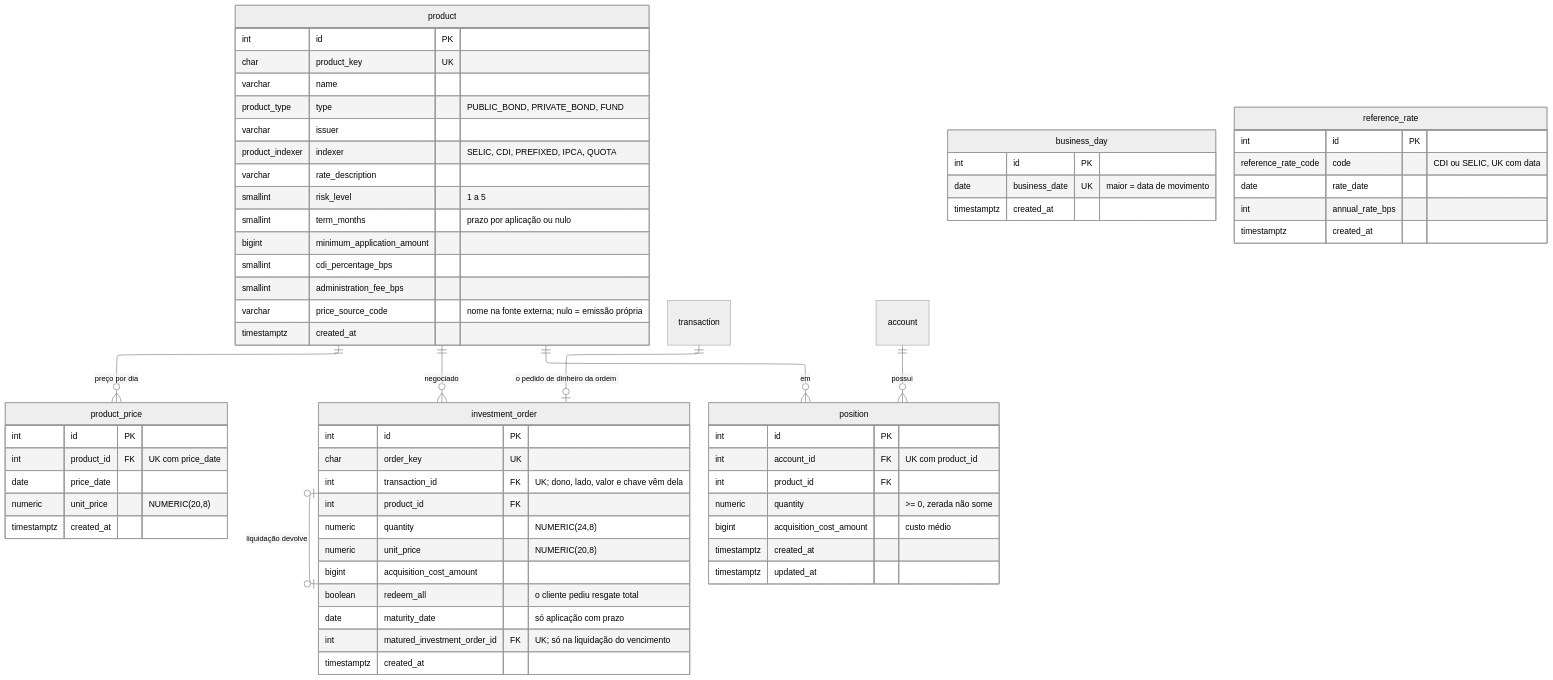
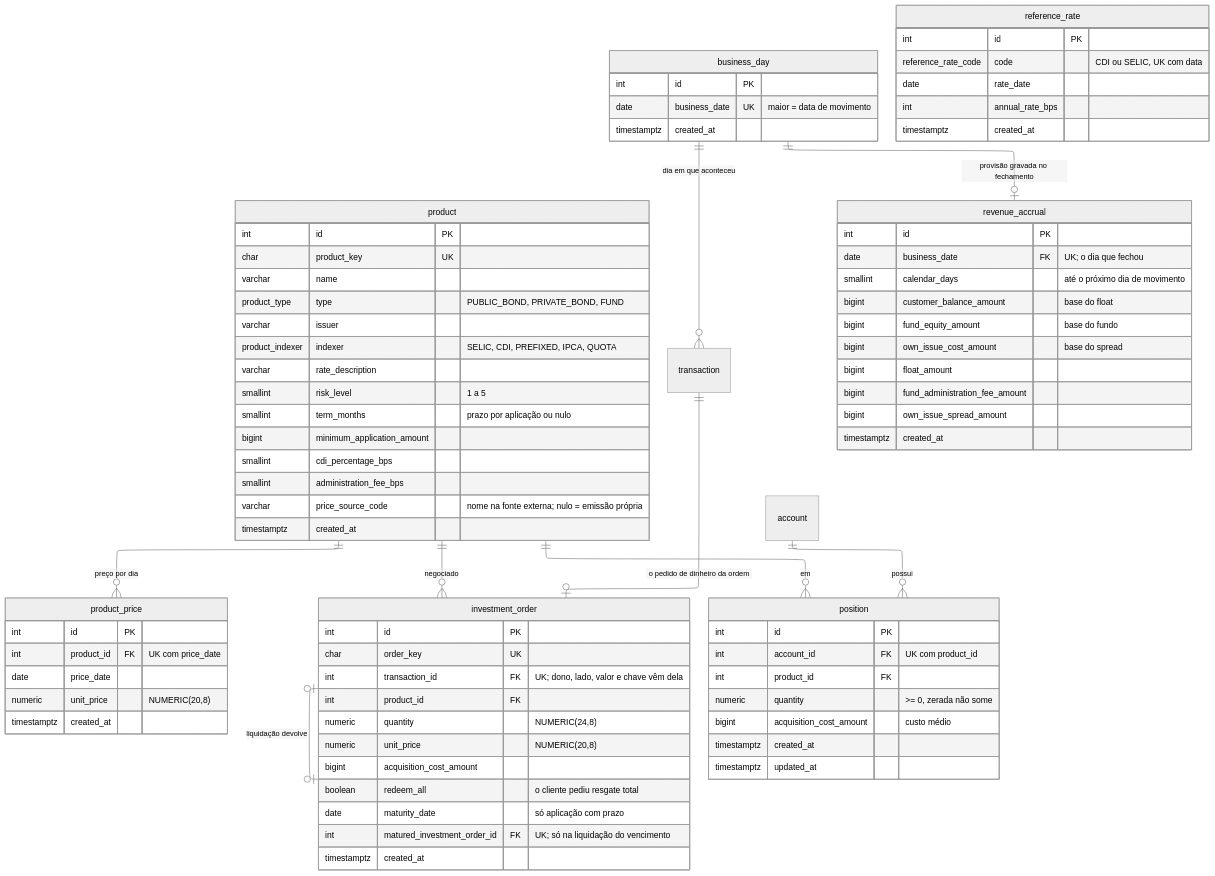
One commit to heluylucas/bootcamp-qi-tech-presidas- changed the diagram in docs/diagramas/er-produtos-e-ordens.mmd. Above: the diagram before and after it, drawn with Mermaid (neutral theme). The commit also changed 7 other files, not shown here.

Commit message:
:tada: add: revenue-accrual-&-transaction-business-date

```diff
--- a/docs/diagramas/er-produtos-e-ordens.mmd
+++ b/docs/diagramas/er-produtos-e-ordens.mmd
@@ -1,72 +1,86 @@
 ---
 config:
   layout: elk
   elk:
     mergeEdges: false
     nodePlacementStrategy: NETWORK_SIMPLEX
 ---
 erDiagram
     product ||--o{ product_price : "preço por dia"
     transaction ||--o| investment_order : "o pedido de dinheiro da ordem"
     product ||--o{ investment_order : "negociado"
     investment_order |o--o| investment_order : "liquidação devolve"
     account ||--o{ position : "possui"
     product ||--o{ position : "em"
+    business_day ||--o{ transaction : "dia em que aconteceu"
+    business_day ||--o| revenue_accrual : "provisão gravada no fechamento"
 
     product {
         int id PK
         char product_key UK
         varchar name
         product_type type "PUBLIC_BOND, PRIVATE_BOND, FUND"
         varchar issuer
         product_indexer indexer "SELIC, CDI, PREFIXED, IPCA, QUOTA"
         varchar rate_description
         smallint risk_level "1 a 5"
         smallint term_months "prazo por aplicação ou nulo"
         bigint minimum_application_amount
         smallint cdi_percentage_bps
         smallint administration_fee_bps
         varchar price_source_code "nome na fonte externa; nulo = emissão própria"
         timestamptz created_at
     }
     product_price {
         int id PK
         int product_id FK "UK com price_date"
         date price_date
         numeric unit_price "NUMERIC(20,8)"
         timestamptz created_at
     }
     business_day {
         int id PK
         date business_date UK "maior = data de movimento"
         timestamptz created_at
     }
     reference_rate {
         int id PK
         reference_rate_code code "CDI ou SELIC, UK com data"
         date rate_date
         int annual_rate_bps
         timestamptz created_at
     }
     investment_order {
         int id PK
         char order_key UK
         int transaction_id FK "UK; dono, lado, valor e chave vêm dela"
         int product_id FK
         numeric quantity "NUMERIC(24,8)"
         numeric unit_price "NUMERIC(20,8)"
         bigint acquisition_cost_amount
         boolean redeem_all "o cliente pediu resgate total"
         date maturity_date "só aplicação com prazo"
         int matured_investment_order_id FK "UK; só na liquidação do vencimento"
         timestamptz created_at
     }
     position {
         int id PK
         int account_id FK "UK com product_id"
         int product_id FK
         numeric quantity ">= 0, zerada não some"
         bigint acquisition_cost_amount "custo médio"
         timestamptz created_at
         timestamptz updated_at
     }
+    revenue_accrual {
+        int id PK
+        date business_date FK "UK; o dia que fechou"
+        smallint calendar_days "até o próximo dia de movimento"
+        bigint customer_balance_amount "base do float"
+        bigint fund_equity_amount "base do fundo"
+        bigint own_issue_cost_amount "base do spread"
+        bigint float_amount
+        bigint fund_administration_fee_amount
+        bigint own_issue_spread_amount
+        timestamptz created_at
+    }
```
